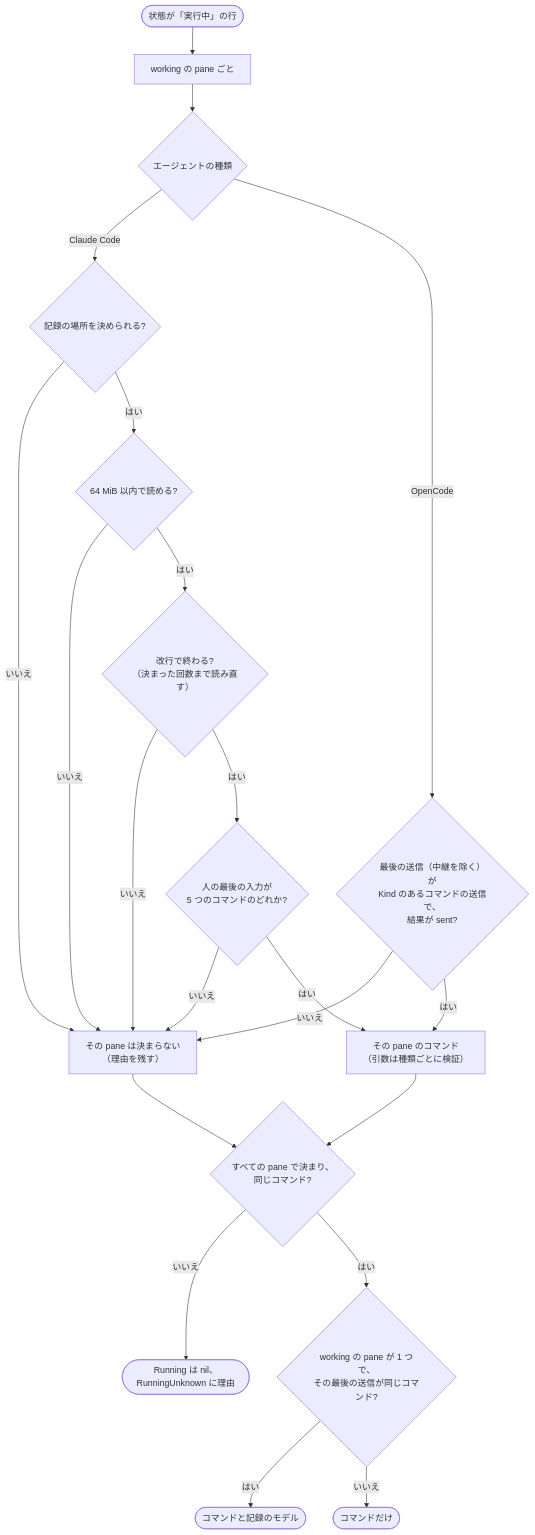
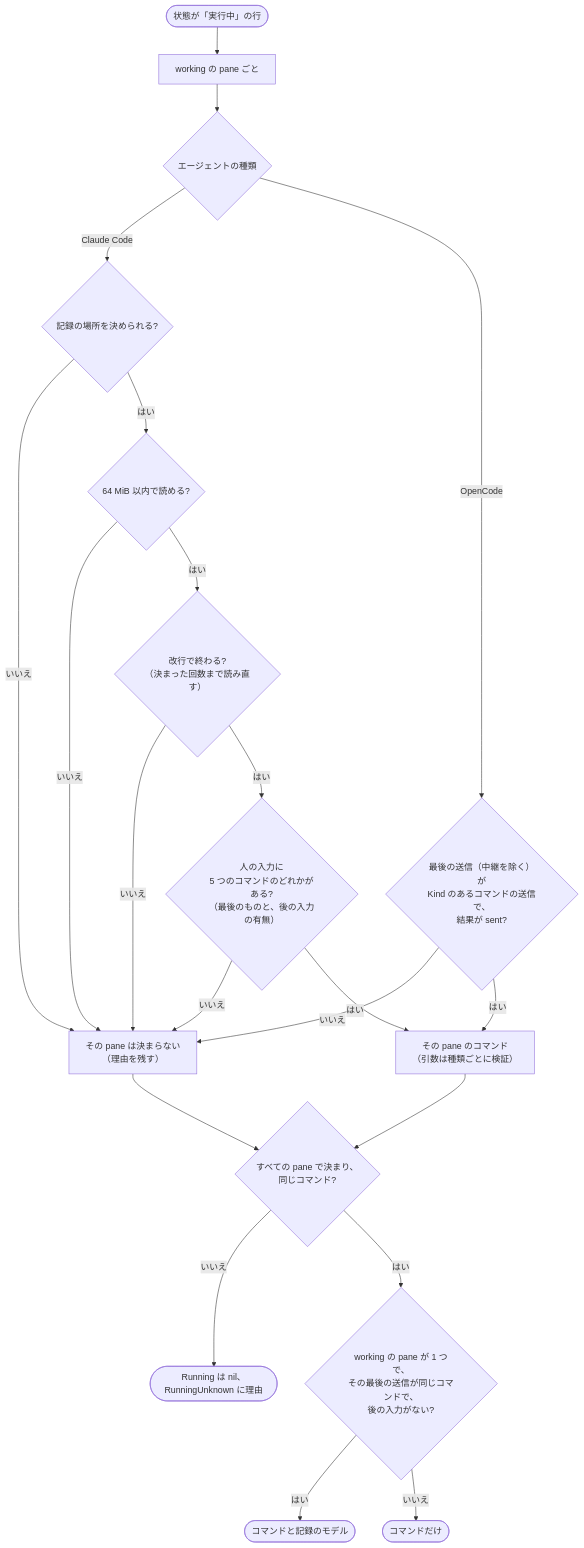
One commit to isseis/yt2column changed the fifth of 6 diagrams in docs/tasks/0093_chief_status_sheet/02_architecture.md. Above: the diagram before and after it, drawn with Mermaid. The commit also changed other lines of this file and 26 other files, not shown here.

````diff
--- a/docs/tasks/0093_chief_status_sheet/02_architecture.md
+++ b/docs/tasks/0093_chief_status_sheet/02_architecture.md
@@ -766,23 +777,23 @@
 ```mermaid
 flowchart TD
     Start(["状態が「実行中」の行"]) --> Each["working の pane ごと"]
     Each --> Kind{"エージェントの種類"}
     Kind -->|"Claude Code"| Path{"記録の場所を決められる?"}
     Path -->|"いいえ"| Unknown["その pane は決まらない<br>（理由を残す）"]
     Path -->|"はい"| ReadT{"64 MiB 以内で読める?"}
     ReadT -->|"いいえ"| Unknown
     ReadT -->|"はい"| Ends{"改行で終わる?<br>（決まった回数まで読み直す）"}
     Ends -->|"いいえ"| Unknown
-    Ends -->|"はい"| Last{"人の最後の入力が<br>5 つのコマンドのどれか?"}
+    Ends -->|"はい"| Last{"人の入力に<br>5 つのコマンドのどれかがある?<br>（最後のものと、後の入力の有無）"}
     Last -->|"いいえ"| Unknown
     Last -->|"はい"| Got["その pane のコマンド<br>（引数は種類ごとに検証）"]
     Kind -->|"OpenCode"| Rec{"最後の送信（中継を除く）が<br>Kind のあるコマンドの送信で、<br>結果が sent?"}
     Rec -->|"いいえ"| Unknown
     Rec -->|"はい"| Got
     Got --> All{"すべての pane で決まり、<br>同じコマンド?"}
     Unknown --> All
     All -->|"いいえ"| None(["Running は nil、RunningUnknown に理由"])
-    All -->|"はい"| Model{"working の pane が 1 つで、<br>その最後の送信が同じコマンド?"}
+    All -->|"はい"| Model{"working の pane が 1 つで、<br>その最後の送信が同じコマンドで、<br>後の入力がない?"}
     Model -->|"はい"| WithModel(["コマンドと記録のモデル"])
     Model -->|"いいえ"| NoModel(["コマンドだけ"])
 ```
````
